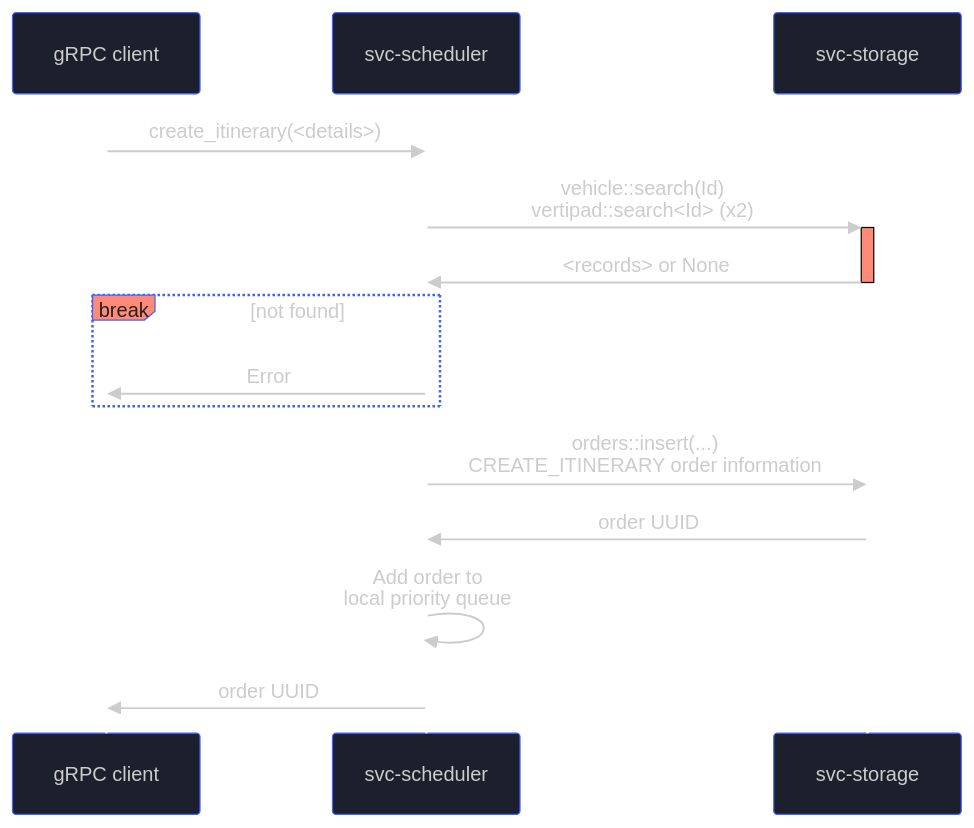
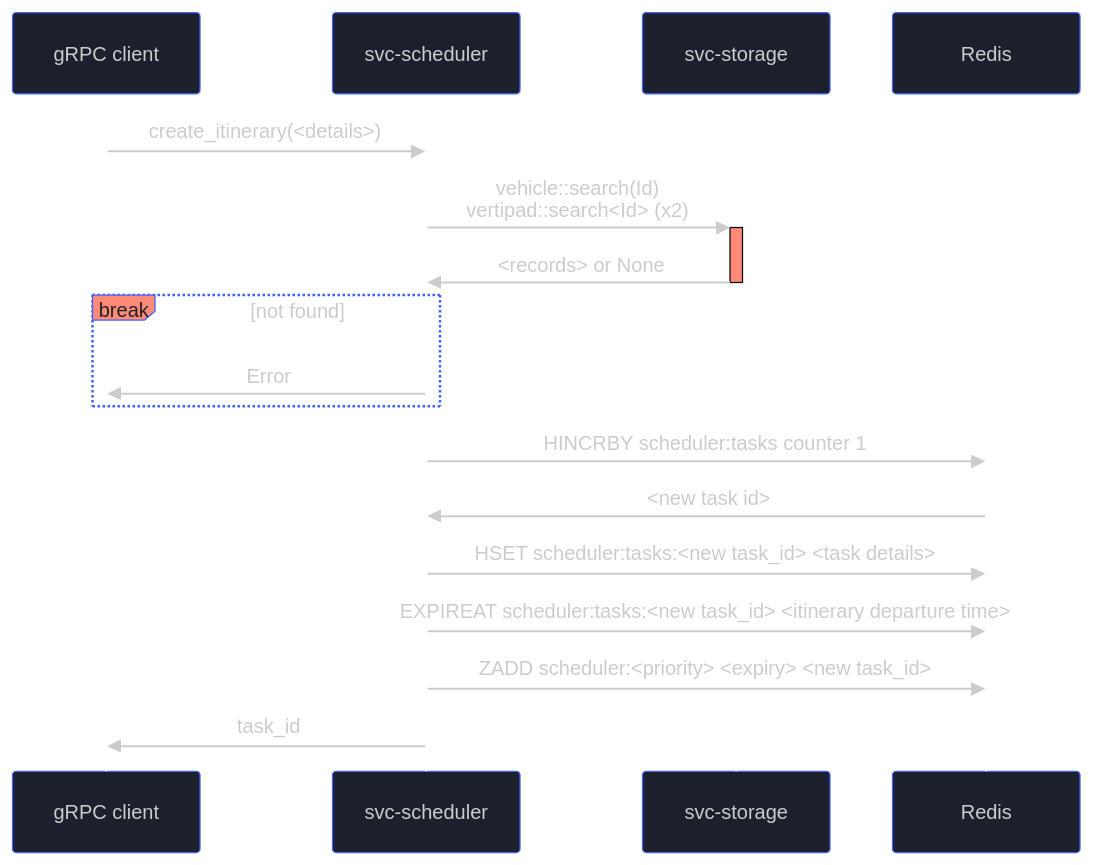
The fifth of 9 diagrams in docs/sdd.md (aetheric-oss/svc-scheduler), drawn with Mermaid before and after one commit. The commit also changed other lines of this file and 2 other files, not shown here.

Commit message:
chore: revise design using redis

````diff
--- a/docs/sdd.md
+++ b/docs/sdd.md
@@ -372,37 +336,40 @@
 ```mermaid
 %%{
   init: {
     'theme': 'base',
     'themeVariables': {
       'primaryColor': '#1B202C',
       'primaryBorderColor': '#4060FF',
       'primaryTextColor': '#CCC',
       'actorLineColor': '#fff',
       'labelBoxBkgColor': '#FF8A78',
       'labelTextColor': '#222',
       'sequenceNumberColor': '#1B202C',
       'noteBkgColor': '#D6D6D6',
       'noteTextColor': '#222',
       'activationBkgColor': '#FF8A78'
     }
   }
 }%%
 sequenceDiagram
     participant grpc_client as gRPC client
     participant scheduler as svc-scheduler
     participant storage as svc-storage
+    participant redis as Redis
 
     grpc_client->>scheduler: create_itinerary(<details>)
 
     scheduler->>+storage: vehicle::search(Id)<br>vertipad::search<Id> (x2)
     storage->>-scheduler: <records> or None
 
     break not found
         scheduler->>grpc_client: Error
     end
 
-    scheduler->>storage: orders::insert(...)<br>CREATE_ITINERARY order information
-    storage->>scheduler: order UUID
-    scheduler->>scheduler: Add order to<br>local priority queue
-    scheduler->>grpc_client: order UUID
+    scheduler->>redis: HINCRBY scheduler:tasks counter 1
+    redis->>scheduler: <new task id>
+    scheduler->>redis: HSET scheduler:tasks:<new task_id> <task details>
+    scheduler->>redis: EXPIREAT scheduler:tasks:<new task_id> <itinerary departure time>
+    scheduler->>redis: ZADD scheduler:<priority> <expiry> <new task_id>
+    scheduler->>grpc_client: task_id
 ```
````
